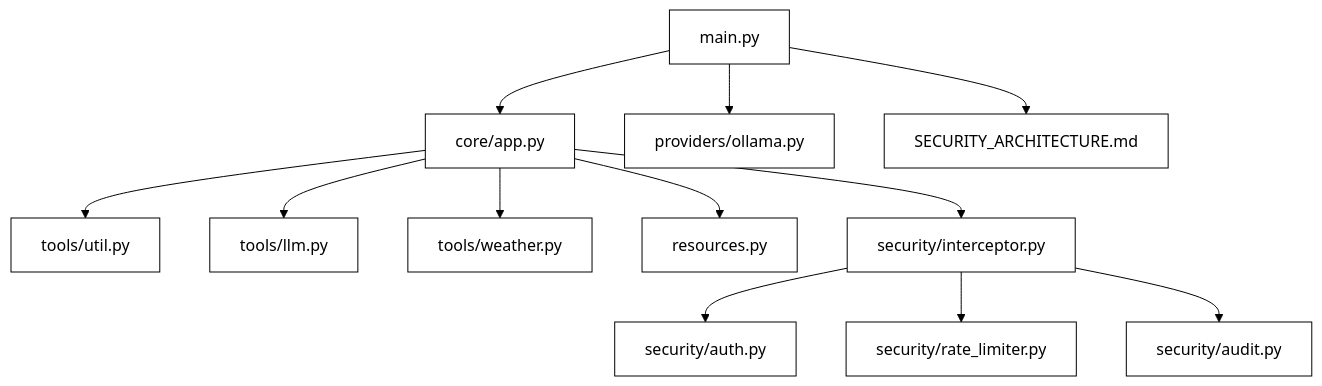
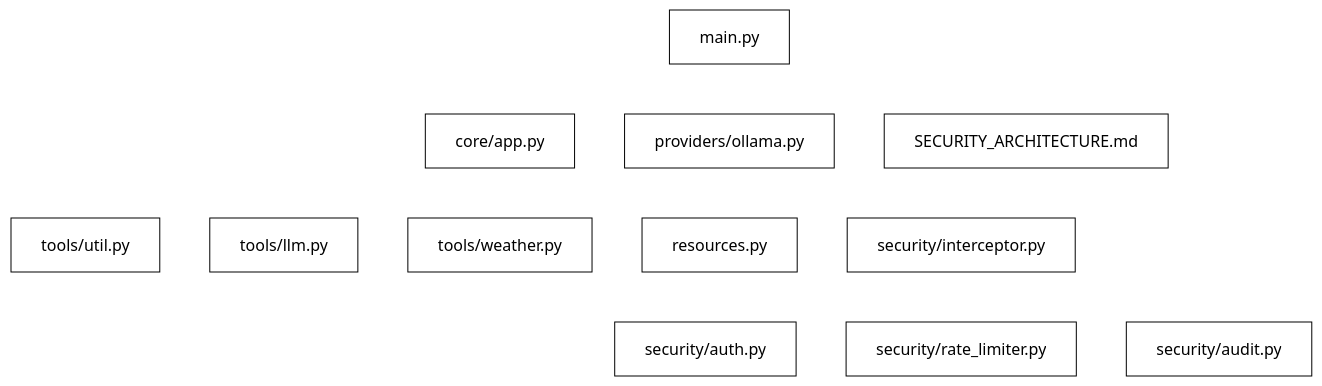
One commit to Shashankk1907/Learning-about-MCP changed the third of 3 diagrams in 2-server/README.md. Above: the diagram before and after it, drawn with Mermaid. The commit also changed other lines of this file, not shown here.

Commit message:
Update mermaid diagrams in README.md

````diff
--- a/2-server/README.md
+++ b/2-server/README.md
@@ -296,15 +296,15 @@
 ```mermaid
-%%{init: {"theme":"base","themeVariables":{"primaryColor":"#ffffff","primaryTextColor":"#000000","primaryBorderColor":"#000000","lineColor":"#000000","secondaryColor":"#ffffff","tertiaryColor":"#ffffff","background":"#ffffff"}}}%%
+%%{init: {"theme":"base","themeVariables":{"primaryColor":"#ffffff","primaryTextColor":"#000000","primaryBorderColor":"#000000","lineColor":"#ffffff","secondaryColor":"#ffffff","tertiaryColor":"#ffffff","background":"#ffffff"}}}%%
 flowchart TD
     A["main.py"] --> B["core/app.py"]
     B --> C["tools/util.py"]
     B --> D["tools/llm.py"]
     B --> E["tools/weather.py"]
     B --> F["resources.py"]
     B --> G["security/interceptor.py"]
     G --> H["security/auth.py"]
     G --> I["security/rate_limiter.py"]
     G --> J["security/audit.py"]
     A --> K["providers/ollama.py"]
     A --> L["SECURITY_ARCHITECTURE.md"]
 ```
````
